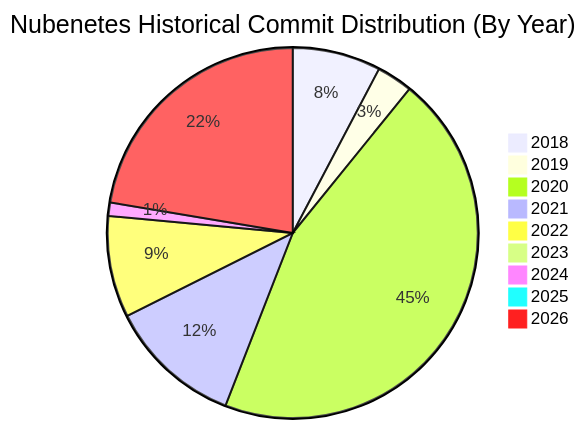
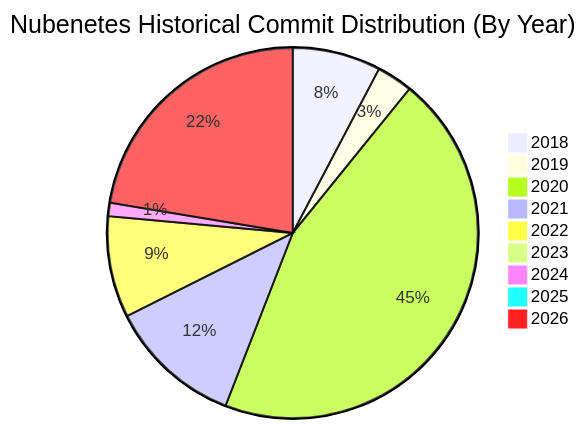
One commit to nubenetes/awesome-kubernetes changed the first of 12 diagrams in README.md. Above: the diagram before and after it, drawn with Mermaid. The commit also changed other lines of this file and 2 other files, not shown here.

Commit message:
docs: add dual pie charts for commits and knowledge growth

````diff
--- a/README.md
+++ b/README.md
@@ -170,12 +170,12 @@
 ```mermaid
 pie title Nubenetes Historical Commit Distribution (By Year)
     "2018" : 350
     "2019" : 142
     "2020" : 2046
     "2021" : 531
     "2022" : 402
     "2023" : 30
     "2024" : 53
     "2025" : 5
-    "2026" : 1015
+    "2026" : 1016
 ```
````
